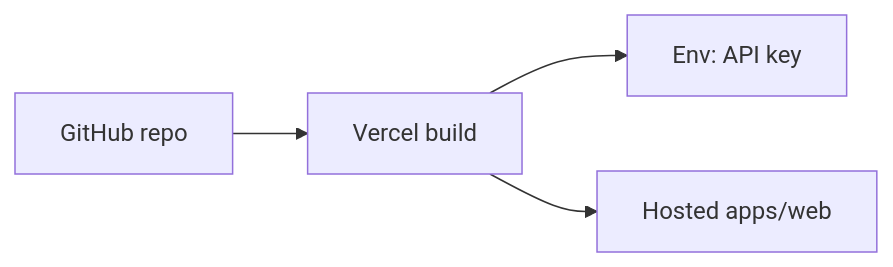
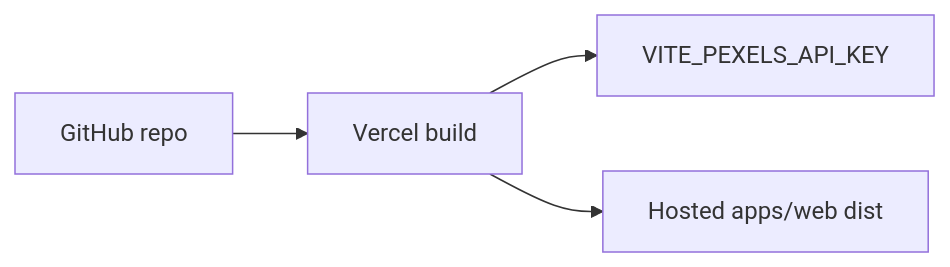
One commit to srajalsinghchauhan/MediaForge changed the diagram in docs/DEPLOYMENT.md. Above: the diagram before and after it, drawn with Mermaid. The commit also changed other lines of this file and 35 other files, not shown here.

Commit message:
update .gitignore to include additional env example exclusions; add development script for @mediaforge/web in package.json; enhance pnpm-lock.yaml with new dependencies for apps/web; update README and deployment documentation to reflect implementation status of apps/web

````diff
--- a/docs/DEPLOYMENT.md
+++ b/docs/DEPLOYMENT.md
@@ -99,6 +108,6 @@
 ```mermaid
 flowchart LR
   GH["GitHub repo"] --> Vercel["Vercel build"]
-  Vercel --> ENV["Env: API key"]
-  Vercel --> CDN["Hosted apps/web"]
+  Vercel --> ENV["VITE_PEXELS_API_KEY"]
+  Vercel --> CDN["Hosted apps/web dist"]
 ```
````
